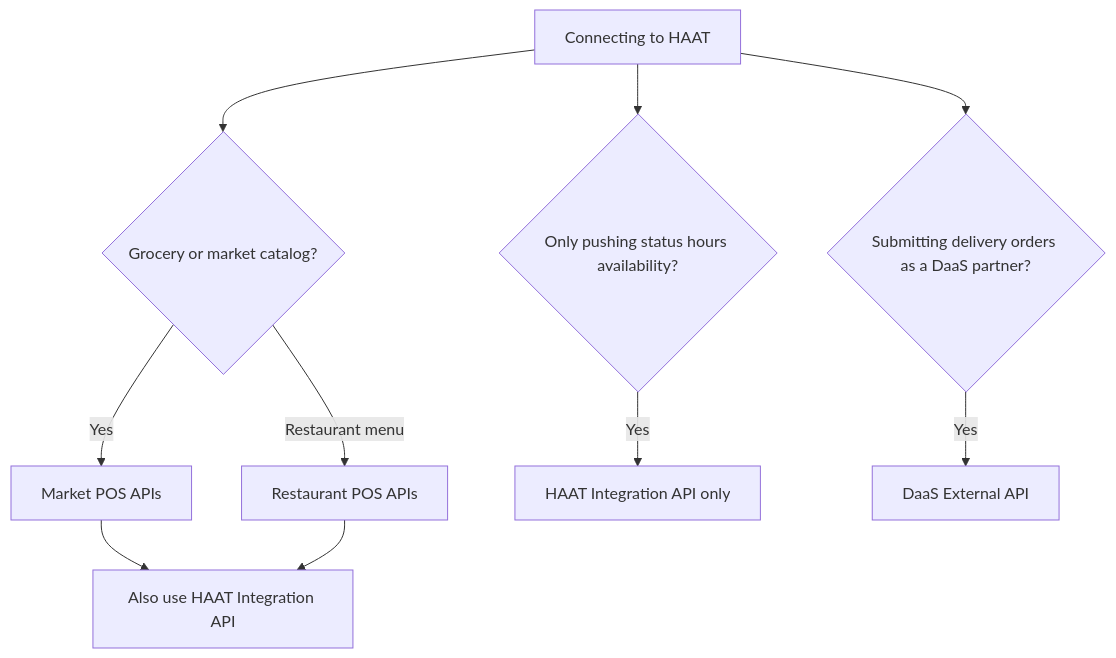
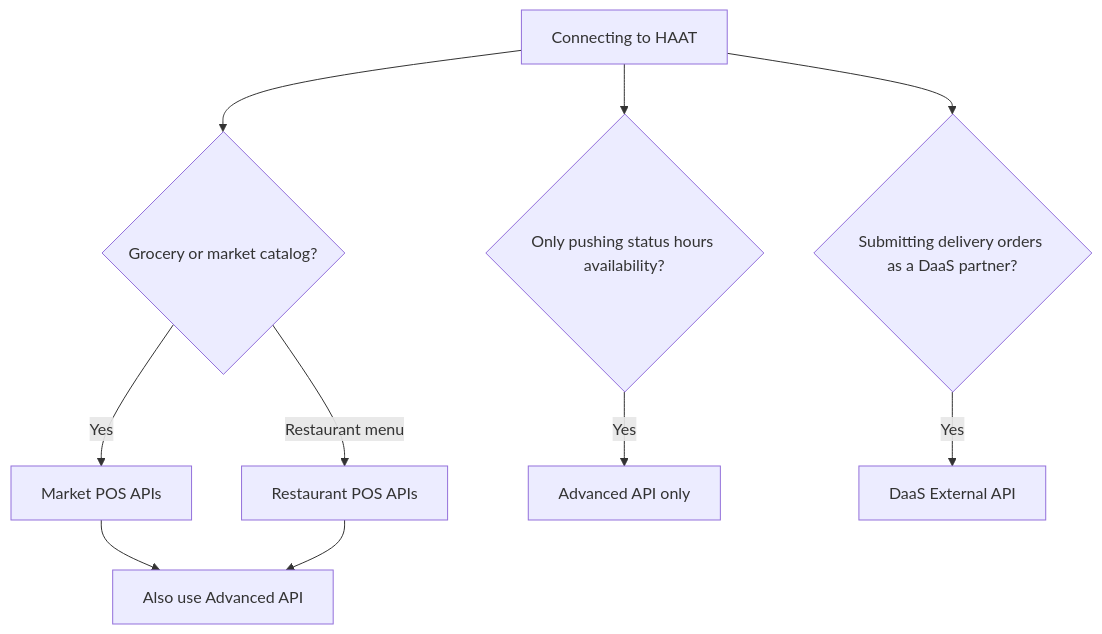
One commit to fhmedeknash/docs changed the diagram in guides/which-integration.mdx. Above: the diagram before and after it, drawn with Mermaid. The commit also changed other lines of this file and 20 other files, not shown here.

First line of the commit message:
Rename HAAT API partner kit to Advanced API

````diff
--- a/guides/which-integration.mdx
+++ b/guides/which-integration.mdx
@@ -12,13 +12,13 @@
 ```mermaid
 flowchart TD
   start[Connecting to HAAT]
   start --> q1{Grocery or market catalog?}
   q1 -->|Yes| market[Market POS APIs]
   q1 -->|Restaurant menu| rest[Restaurant POS APIs]
-  market --> haat[Also use HAAT Integration API]
+  market --> haat[Also use Advanced API]
   rest --> haat
   start --> q2{Only pushing status hours availability?}
-  q2 -->|Yes| haatOnly[HAAT Integration API only]
+  q2 -->|Yes| haatOnly[Advanced API only]
   start --> q3{Submitting delivery orders as a DaaS partner?}
   q3 -->|Yes| daas[DaaS External API]
 ```
````
